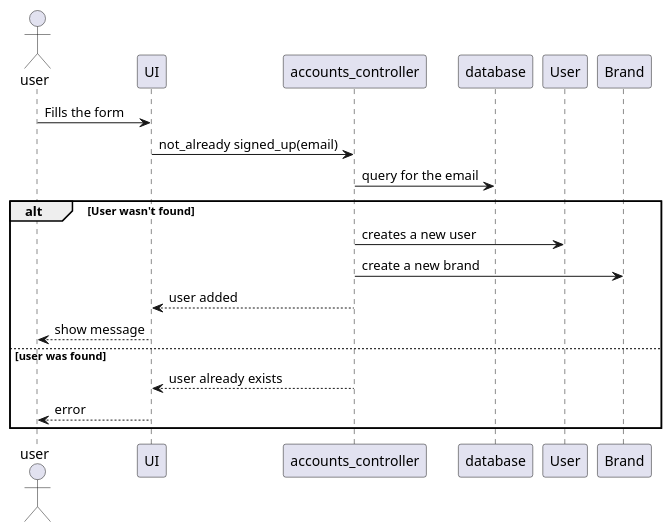
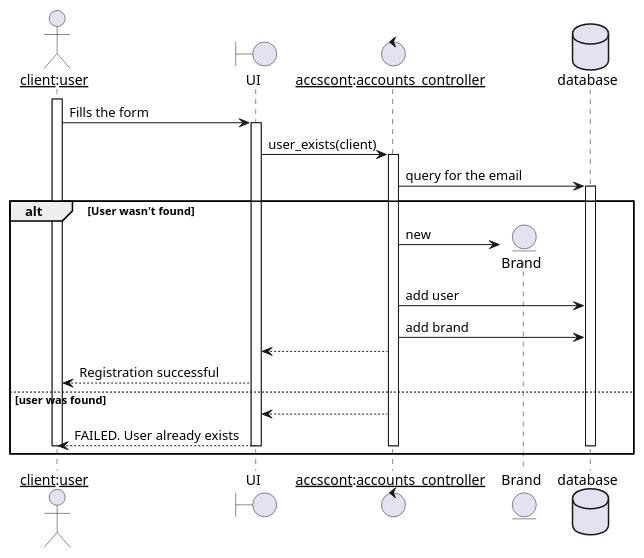
The diagram in Graphs/sequence_signup.puml (NadaaSelim/GP), drawn with PlantUML before and after one commit. The commit also changed 2 other files, not shown here.

Commit message:
updated seq diagrams

```diff
--- a/Graphs/sequence_signup.puml
+++ b/Graphs/sequence_signup.puml
@@ -1,15 +1,30 @@
 @startuml
-actor user
-user -> UI: Fills the form
-UI -> accounts_controller: not_already signed_up(email)
-accounts_controller -> database: query for the email
+actor "__client__:__user__"
+boundary UI
+control "__accscont__:__accounts_controller__"
+entity Brand
+database database
+activate "__client__:__user__" 
+"__client__:__user__" -> UI: Fills the form
+activate UI
+UI -> "__accscont__:__accounts_controller__": user_exists(client)
+activate "__accscont__:__accounts_controller__"
+"__accscont__:__accounts_controller__" -> database: query for the email
 alt User wasn't found
-  accounts_controller -> User : creates a new user
-  accounts_controller -> Brand : create a new brand
-  accounts_controller --> UI: user added
-  UI --> user: show message
+  activate database
+  create Brand
+  "__accscont__:__accounts_controller__" -> Brand : new
+  "__accscont__:__accounts_controller__" -> database : add user
+    "__accscont__:__accounts_controller__" -> database : add brand
+
+  "__accscont__:__accounts_controller__" --> UI: 
+  UI --> "__client__:__user__": Registration successful
 else user was found
-  accounts_controller --> UI: user already exists
-  UI --> user: error
+  "__accscont__:__accounts_controller__" --> UI: 
+  UI --> "__client__:__user__": FAILED. User already exists
+deactivate database
+deactivate "__accscont__:__accounts_controller__"
+deactivate UI
+deactivate "__client__:__user__"
 end
 @enduml
```
